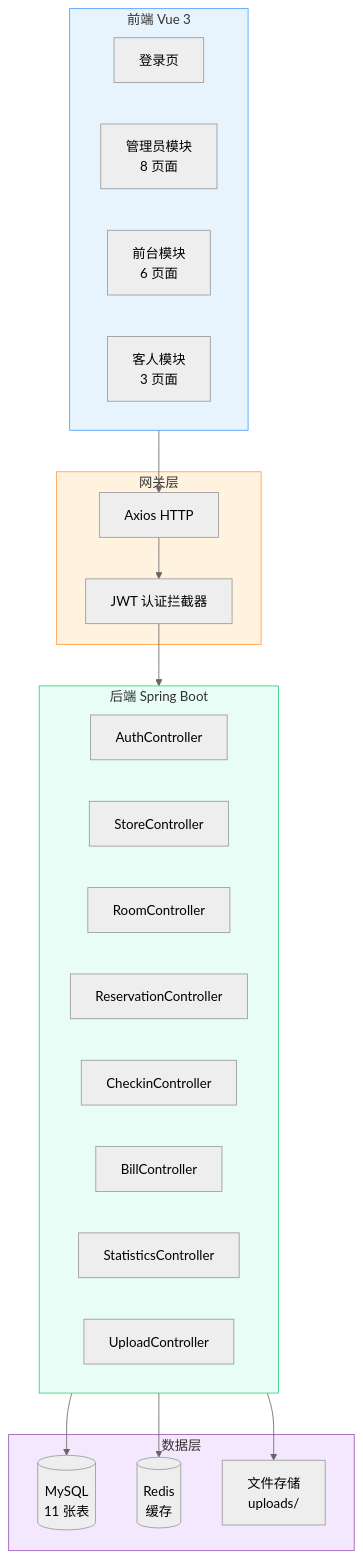
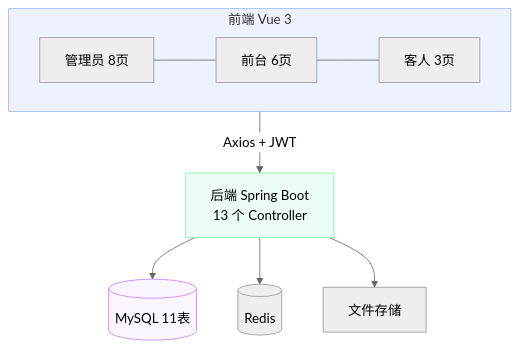
The first of 2 diagrams in posts/project/hotel-management.md (shen8614/shen_boke), drawn with Mermaid (neutral theme) before and after one commit. The commit also changed other lines of this file and 6 other files, not shown here.

Commit message:
UI 精细化：Inter 字体、点阵/网格背景、精简 Mermaid 图表、Linear 风格配色

````diff
--- a/posts/project/hotel-management.md
+++ b/posts/project/hotel-management.md
@@ -39,43 +39,15 @@
 ```mermaid
 graph TB
-    subgraph Frontend[前端 Vue 3]
-        Login[登录页]
-        Admin[管理员模块<br/>8 页面]
-        Reception[前台模块<br/>6 页面]
-        Guest[客人模块<br/>3 页面]
+    subgraph FE[前端 Vue 3]
+        A[管理员 8页] --- B[前台 6页]
+        B --- C[客人 3页]
     end
+    FE -->|Axios + JWT| BE[后端 Spring Boot<br/>13 个 Controller]
+    BE --> DB[(MySQL 11表)]
+    BE --> CACHE[(Redis)]
+    BE --> FILES[文件存储]
 
-    subgraph Gateway[网关层]
-        Axios[Axios HTTP]
-        JWT[JWT 认证拦截器]
-    end
-
-    subgraph Backend[后端 Spring Boot]
-        Auth[AuthController]
-        Store[StoreController]
-        Room[RoomController]
-        Reserv[ReservationController]
-        Check[CheckinController]
-        Bill[BillController]
-        Stat[StatisticsController]
-        Upload[UploadController]
-    end
-
-    subgraph Data[数据层]
-        MySQL[(MySQL<br/>11 张表)]
-        Redis[(Redis<br/>缓存)]
-        Files[文件存储<br/>uploads/]
-    end
-
-    Frontend --> Axios
-    Axios --> JWT
-    JWT --> Backend
-    Backend --> MySQL
-    Backend --> Redis
-    Backend --> Files
-
-    style Frontend fill:#e8f4fd,stroke:#4a9eff
-    style Gateway fill:#fff3e0,stroke:#ff9f43
-    style Backend fill:#e8fdf5,stroke:#2ed573
-    style Data fill:#f3e8fd,stroke:#9b59b6
+    style FE fill:#eef2ff,stroke:#a5b4fc
+    style BE fill:#ecfdf5,stroke:#86efac
+    style DB fill:#faf5ff,stroke:#c084fc
 ```
````
